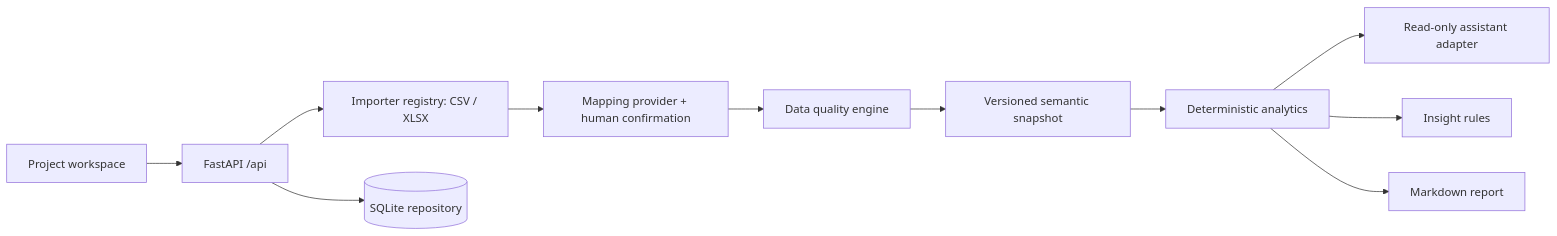
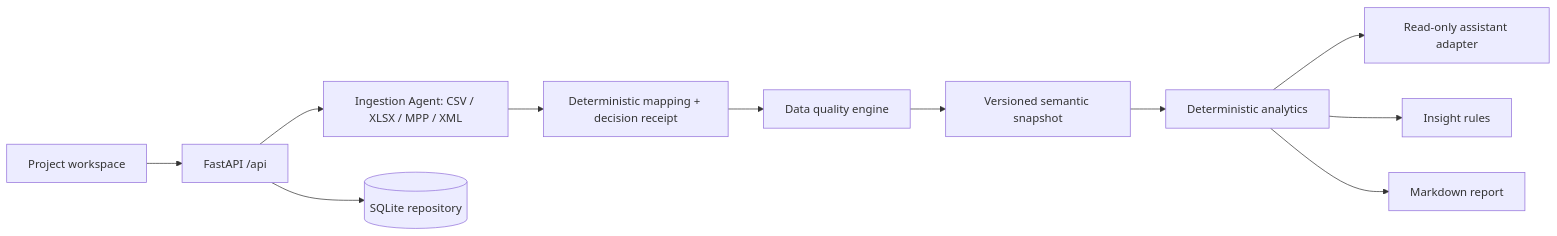
One commit to EkoSuryaHadi/ControlCheck-V2 changed the diagram in docs/ARCHITECTURE.md. Above: the diagram before and after it, drawn with Mermaid. The commit also changed other lines of this file and 5 other files, not shown here.

Commit message:
feat: add one-step ingestion agent workspace

````diff
--- a/docs/ARCHITECTURE.md
+++ b/docs/ARCHITECTURE.md
@@ -6,13 +6,13 @@
 ```mermaid
 flowchart LR
   UI[Project workspace] --> API[FastAPI /api]
-  API --> Import[Importer registry: CSV / XLSX]
-  Import --> Mapping[Mapping provider + human confirmation]
+  API --> Import[Ingestion Agent: CSV / XLSX / MPP / XML]
+  Import --> Mapping[Deterministic mapping + decision receipt]
   Mapping --> Quality[Data quality engine]
   Quality --> Model[Versioned semantic snapshot]
   Model --> Analytics[Deterministic analytics]
   Analytics --> Assistant[Read-only assistant adapter]
   Analytics --> Insights[Insight rules]
   Analytics --> Report[Markdown report]
   API --> DB[(SQLite repository)]
 ```
````
